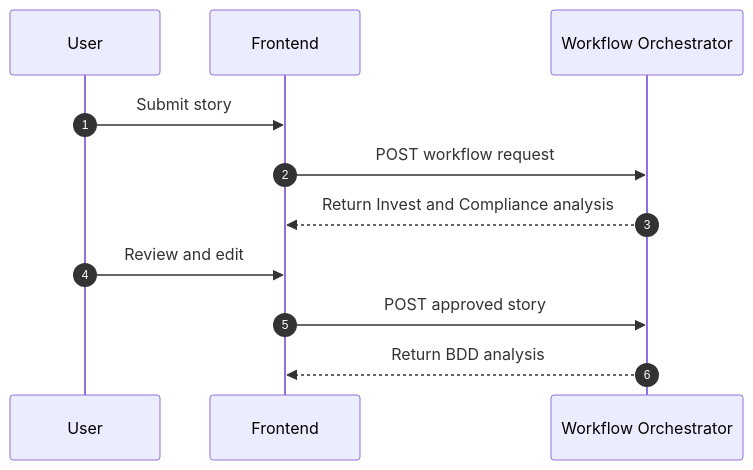
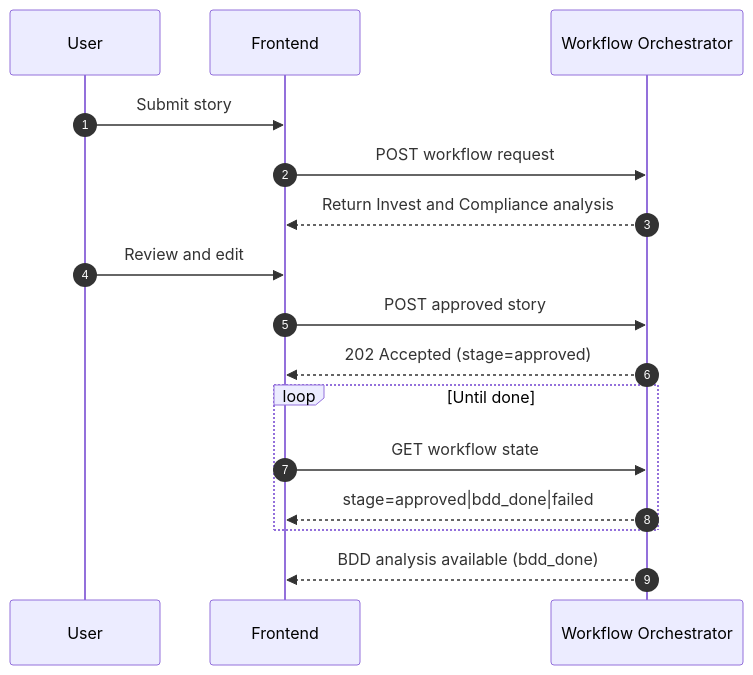
One commit to igusouz/talp-agents-mvp changed the second of 4 diagrams in docs/workflow.md. Above: the diagram before and after it, drawn with Mermaid. The commit also changed other lines of this file and 3 other files, not shown here.

````diff
--- a/docs/workflow.md
+++ b/docs/workflow.md
@@ -68,14 +71,19 @@
 ```mermaid
 sequenceDiagram
   autonumber
   participant U as User
   participant F as Frontend
   participant O as Workflow Orchestrator
 
   U->>F: Submit story
   F->>O: POST workflow request
   O-->>F: Return Invest and Compliance analysis
   U->>F: Review and edit
   F->>O: POST approved story
-  O-->>F: Return BDD analysis
+  O-->>F: 202 Accepted (stage=approved)
+  loop Until done
+    F->>O: GET workflow state
+    O-->>F: stage=approved|bdd_done|failed
+  end
+  O-->>F: BDD analysis available (bdd_done)
 ```
````
